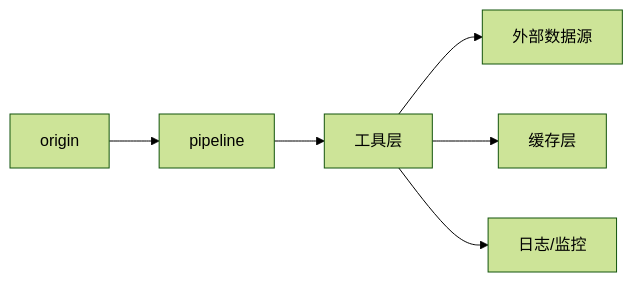
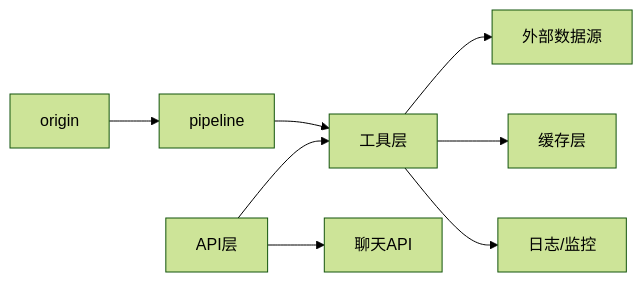
One commit to CryptoLinxu/Web3-AI-Agent changed the sixth of 6 diagrams in .qoder/repowiki/zh/content/Web3工具集成/Web3工具集成.md. Above: the diagram before and after it, drawn with Mermaid (forest theme). The commit also changed other lines of this file and 15 other files, not shown here.

````diff
--- a/.qoder/repowiki/zh/content/Web3工具集成/Web3工具集成.md
+++ b/.qoder/repowiki/zh/content/Web3工具集成/Web3工具集成.md
@@ -236,8 +250,10 @@
 ```mermaid
 graph LR
 O["origin"] --> P["pipeline"]
 P --> T["工具层"]
 T --> EX["外部数据源"]
 T --> CACHE["缓存层"]
 T --> LOG["日志/监控"]
+API["API层"] --> T
+API --> CHAT["聊天API"]
 ```
````
